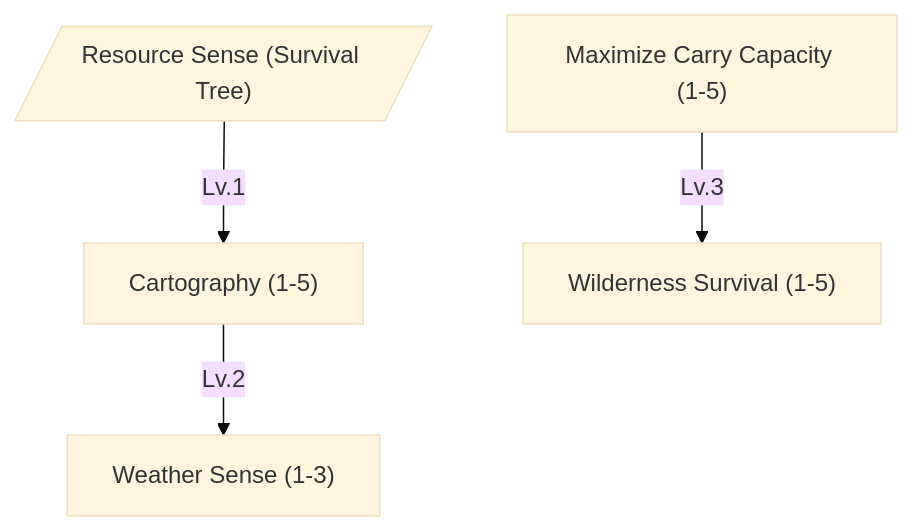
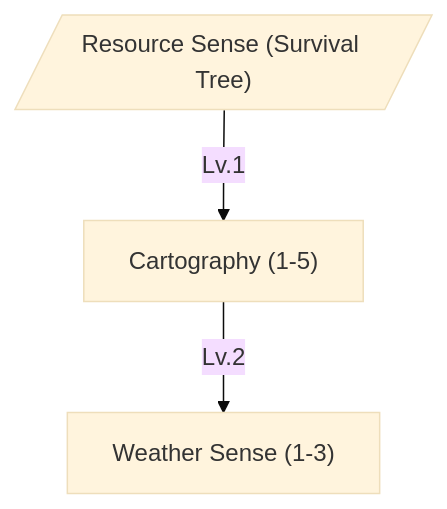
The eighth of 16 diagrams in content/docs/mechanics/master.md (tfelix/bestia-docs), drawn with Mermaid (base theme) before and after one commit. The commit also changed other lines of this file, not shown here.

````diff
--- a/content/docs/mechanics/master.md
+++ b/content/docs/mechanics/master.md
@@ -941,12 +961,9 @@
 ```mermaid
 graph TD
     ResourceSense[/"Resource Sense (Survival Tree)"/]
-    MaximizeCarryCapacity["Maximize Carry Capacity (1-5)"]
     Cartography["Cartography (1-5)"]
-    WildernessSurvival["Wilderness Survival (1-5)"]
     WeatherSense["Weather Sense (1-3)"]
 
-    MaximizeCarryCapacity -->|Lv.3| WildernessSurvival
     ResourceSense -->|Lv.1| Cartography
     Cartography -->|Lv.2| WeatherSense
 ```
````
